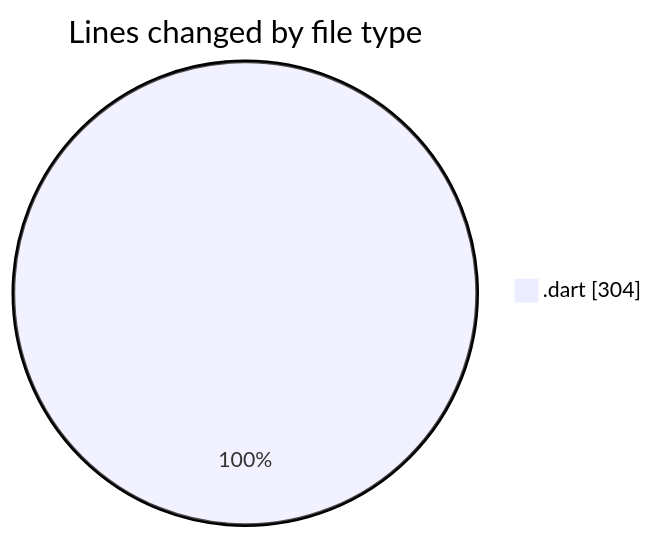
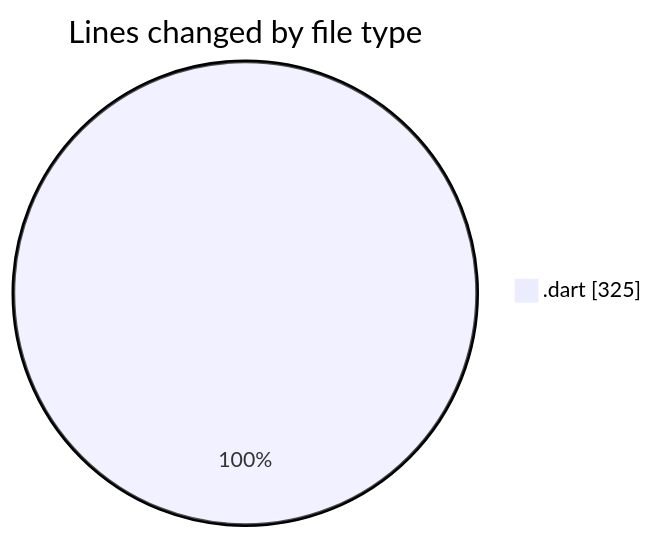
The first of 2 diagrams in 2025-03-23/wordle/README.md (donsfak/code-tracking), drawn with Mermaid before and after one commit. The commit also changed other lines of this file and 1 other file, not shown here.

````diff
--- a/2025-03-23/wordle/README.md
+++ b/2025-03-23/wordle/README.md
@@ -24,5 +24,5 @@
 ```mermaid
 pie showData
 title Lines changed by file type
-".dart" : 304
+".dart" : 325
 ```
````
